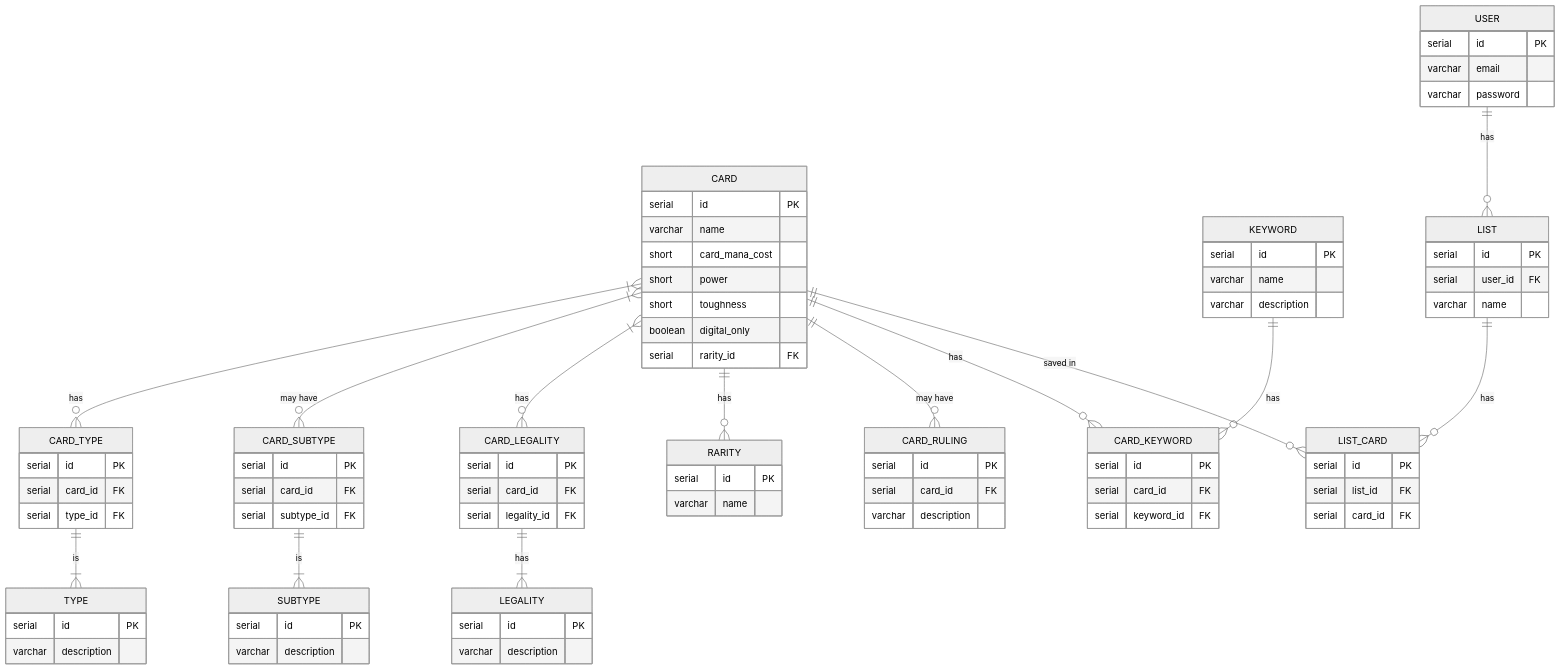
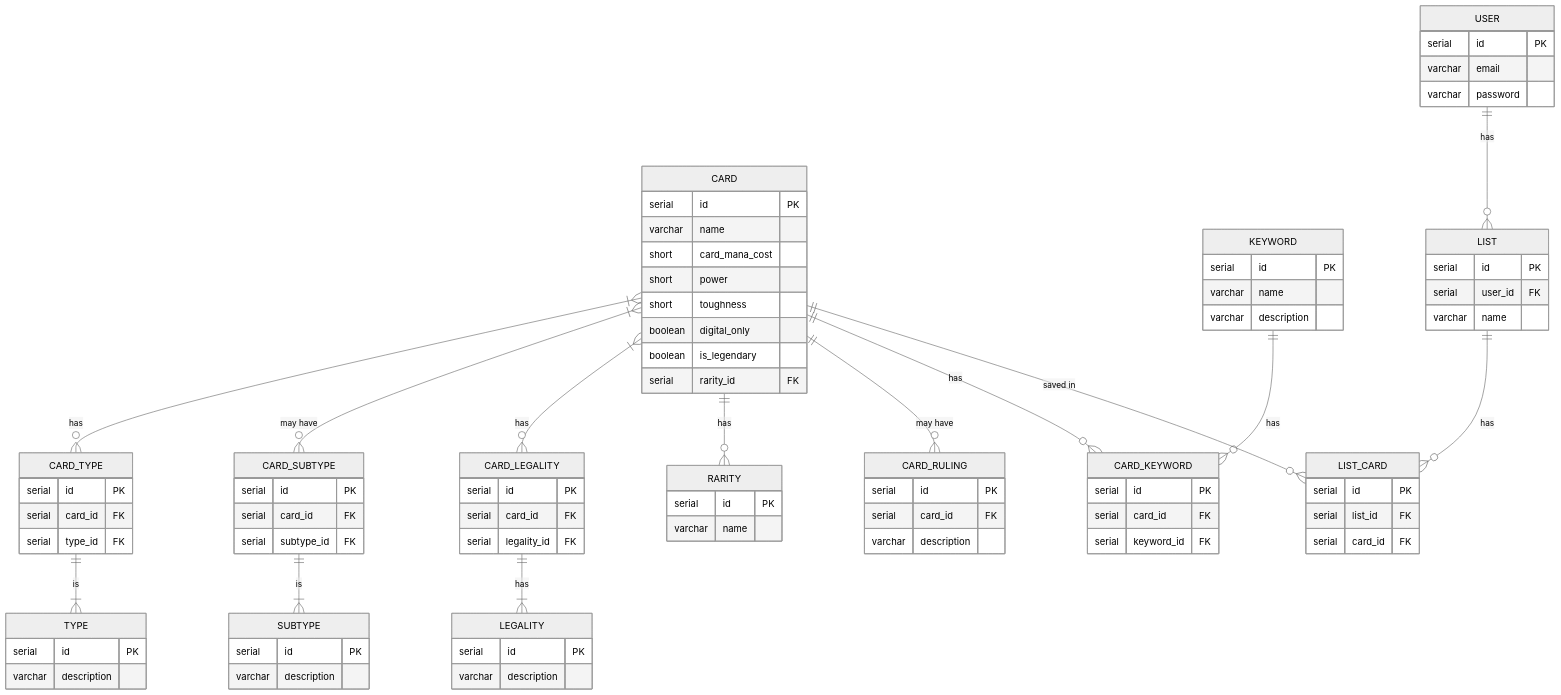
The diagram in database/entity_relationship_diagram.md (linda-mccall/mtg-card-search), drawn with Mermaid (neutral theme) before and after one commit. The commit also changed 3 other files, not shown here.

```diff
--- a/database/entity_relationship_diagram.md
+++ b/database/entity_relationship_diagram.md
@@ -24,6 +24,7 @@
     short power
     short toughness
     boolean digital_only
+    boolean is_legendary
     serial rarity_id FK
 }
 TYPE { 
```
